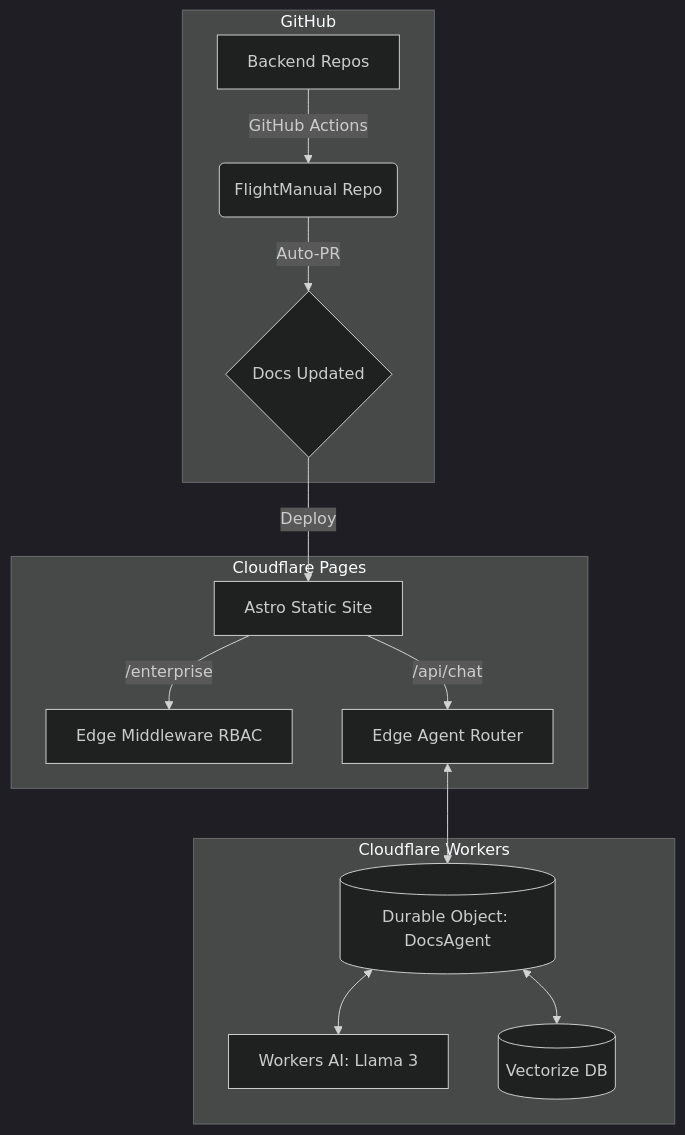
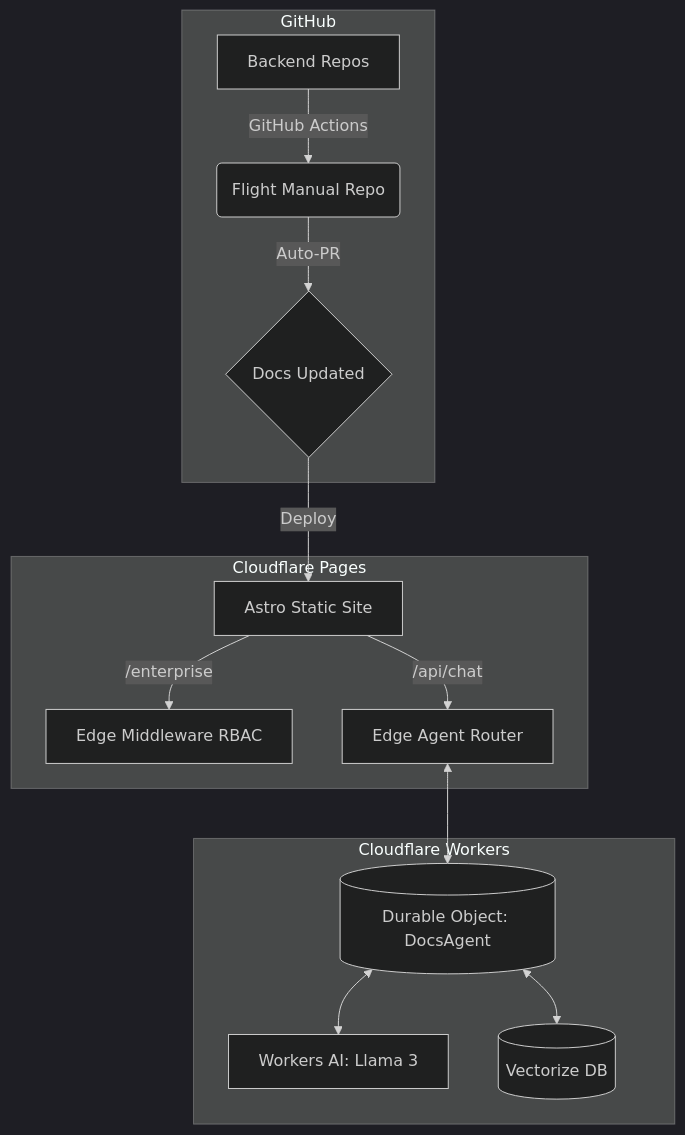
One commit to scramjetio/flight-manual changed the diagram in README.md. Above: the diagram before and after it, drawn with Mermaid (dark theme). The commit also changed other lines of this file and 1 other file, not shown here.

Commit message:
docs: rename FlightManual to Flight Manual and update hero image

````diff
--- a/README.md
+++ b/README.md
@@ -52,19 +52,19 @@
 ```mermaid
 graph TD
     subgraph GitHub
-        A[Backend Repos] -->|GitHub Actions| B(FlightManual Repo)
+        A[Backend Repos] -->|GitHub Actions| B(Flight Manual Repo)
         B -->|Auto-PR| C{Docs Updated}
     end
 
     subgraph Cloudflare Pages
         C -->|Deploy| D[Astro Static Site]
         D -->|/enterprise| E[Edge Middleware RBAC]
         D -->|/api/chat| F[Edge Agent Router]
     end
 
     subgraph Cloudflare Workers
         F <--> G[(Durable Object: DocsAgent)]
         G <--> H[Workers AI: Llama 3]
         G <--> I[(Vectorize DB)]
     end
 ```
````
